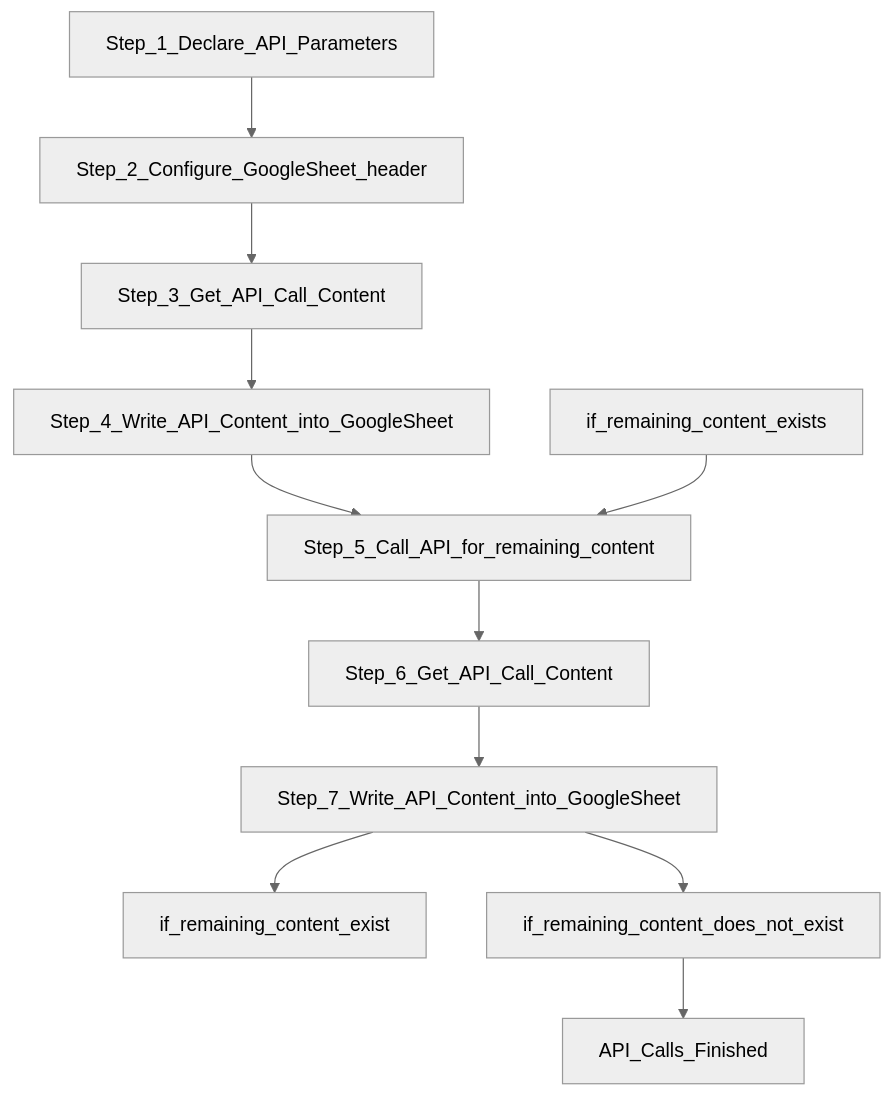
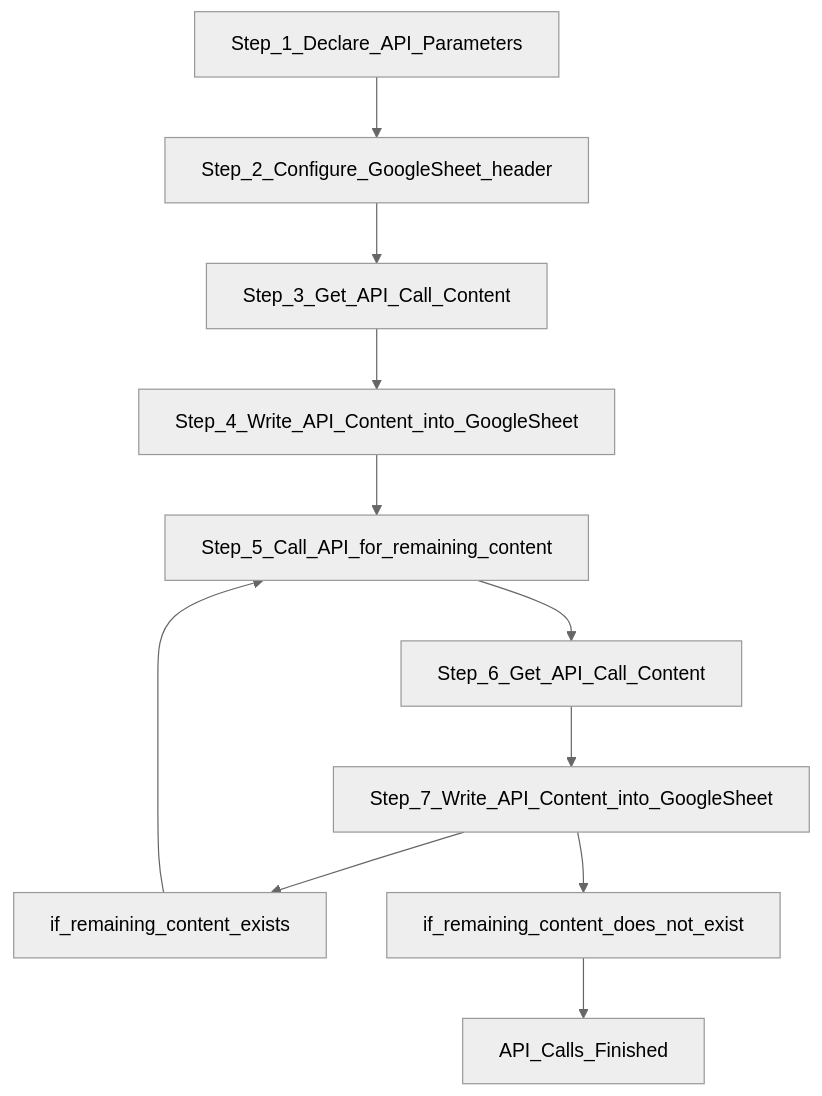
Before and after one commit to oscaroscarlam/AzurePrice: the diagram in README.md, drawn with Mermaid (neutral theme).

````diff
--- a/README.md
+++ b/README.md
@@ -32,13 +32,13 @@
 ```mermaid
 graph TD;
     Step_1_Declare_API_Parameters-->Step_2_Configure_GoogleSheet_header;    
     Step_2_Configure_GoogleSheet_header-->Step_3_Get_API_Call_Content;  
     Step_3_Get_API_Call_Content-->Step_4_Write_API_Content_into_GoogleSheet;  
     Step_4_Write_API_Content_into_GoogleSheet-->Step_5_Call_API_for_remaining_content;    
     Step_5_Call_API_for_remaining_content-->Step_6_Get_API_Call_Content;  
     Step_6_Get_API_Call_Content-->Step_7_Write_API_Content_into_GoogleSheet;     
-    Step_7_Write_API_Content_into_GoogleSheet-->if_remaining_content_exist; 
+    Step_7_Write_API_Content_into_GoogleSheet-->if_remaining_content_exists; 
     Step_7_Write_API_Content_into_GoogleSheet-->if_remaining_content_does_not_exist;
     if_remaining_content_exists-->Step_5_Call_API_for_remaining_content; 
     if_remaining_content_does_not_exist-->API_Calls_Finished; 
 ```
````
